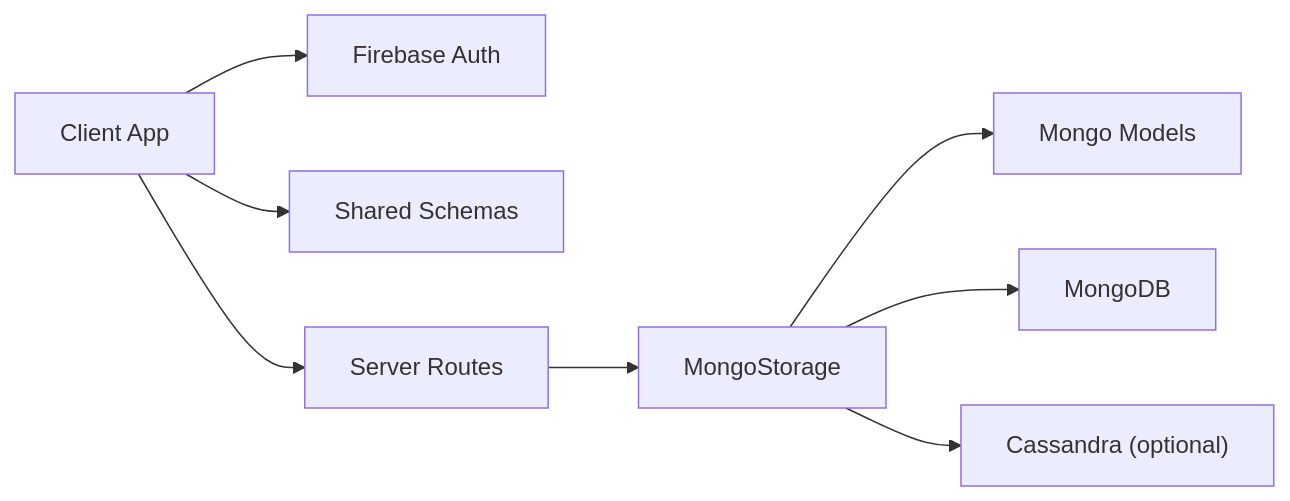
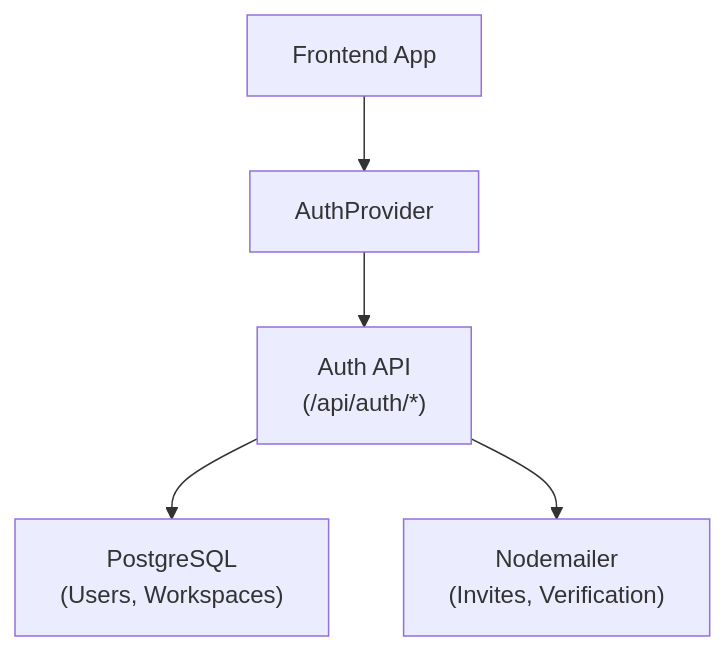
The diagram in docs/code-wiki/content/User Management System/User Management System.md (nitishssh/Class-mode), drawn with Mermaid before and after one commit. The commit also changed other lines of this file and 13 other files, not shown here.

Commit message:
refactor: migrate authentication system from Firebase to self-hosted PostgreSQL-backed identity management

````diff
--- a/docs/code-wiki/content/User Management System/User Management System.md
+++ b/docs/code-wiki/content/User Management System/User Management System.md
@@ -333,10 +62,7 @@
 ```mermaid
-graph LR
-Client["Client App"] --> Auth["Firebase Auth"]
-Client --> Schemas["Shared Schemas"]
-Client --> Routes["Server Routes"]
-Routes --> Storage["MongoStorage"]
-Storage --> Models["Mongo Models"]
-Storage --> DB["MongoDB"]
-Storage --> Cassandra["Cassandra (optional)"]
+graph TD
+Client["Frontend App"] --> AuthCtx["AuthProvider"]
+AuthCtx --> API["Auth API<br/>(/api/auth/*)"]
+API --> PG["PostgreSQL<br/>(Users, Workspaces)"]
+API --> Mailer["Nodemailer<br/>(Invites, Verification)"]
 ```
````
